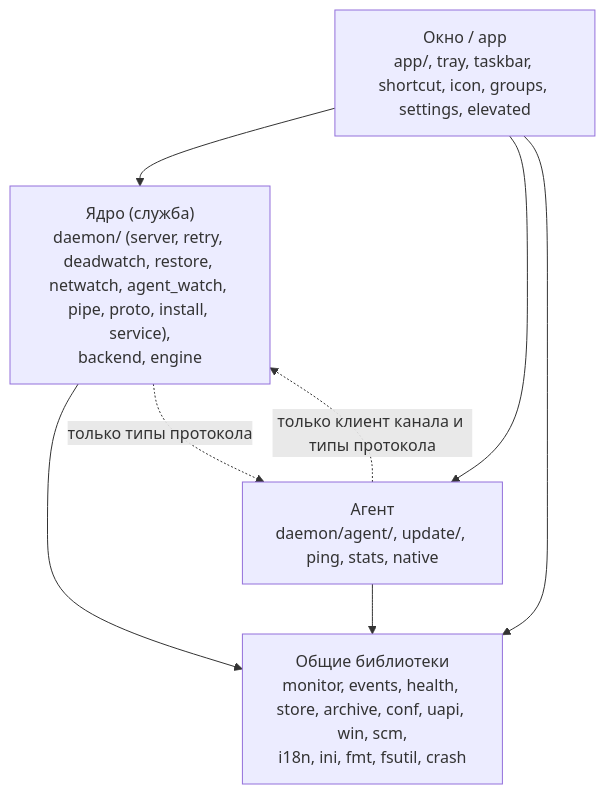
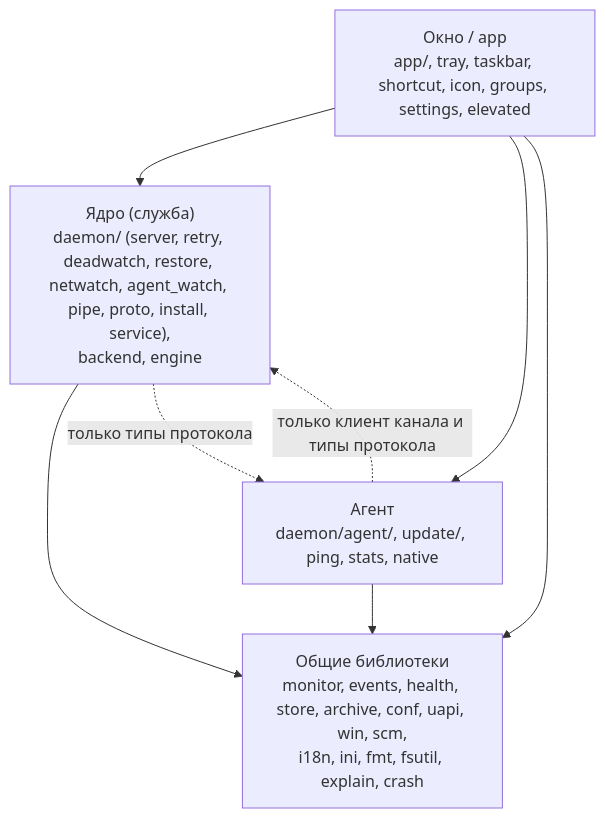
The first of 2 diagrams in docs/modules.ru.md (ssv555/AmneziaWG-UI-Dark), drawn with Mermaid before and after one commit. The commit also changed other lines of this file and 94 other files, not shown here.

````diff
--- a/docs/modules.ru.md
+++ b/docs/modules.ru.md
@@ -11,15 +11,15 @@
 ```mermaid
 flowchart TB
   W["Окно / app<br/>app/, tray, taskbar, shortcut, icon, groups, settings, elevated"]
   C["Ядро (служба)<br/>daemon/ (server, retry, deadwatch, restore, netwatch, agent_watch, pipe, proto, install, service),<br/>backend, engine"]
   A["Агент<br/>daemon/agent/, update/, ping, stats, native"]
-  S["Общие библиотеки<br/>monitor, events, health, store, archive, conf, uapi, win, scm,<br/>i18n, ini, fmt, fsutil, crash"]
+  S["Общие библиотеки<br/>monitor, events, health, store, archive, conf, uapi, win, scm,<br/>i18n, ini, fmt, fsutil, explain, crash"]
 
   W --> C
   W --> A
   W --> S
   C --> S
   A --> S
   A -. "только клиент канала и типы протокола" .-> C
   C -. "только типы протокола" .-> A
 ```
````
